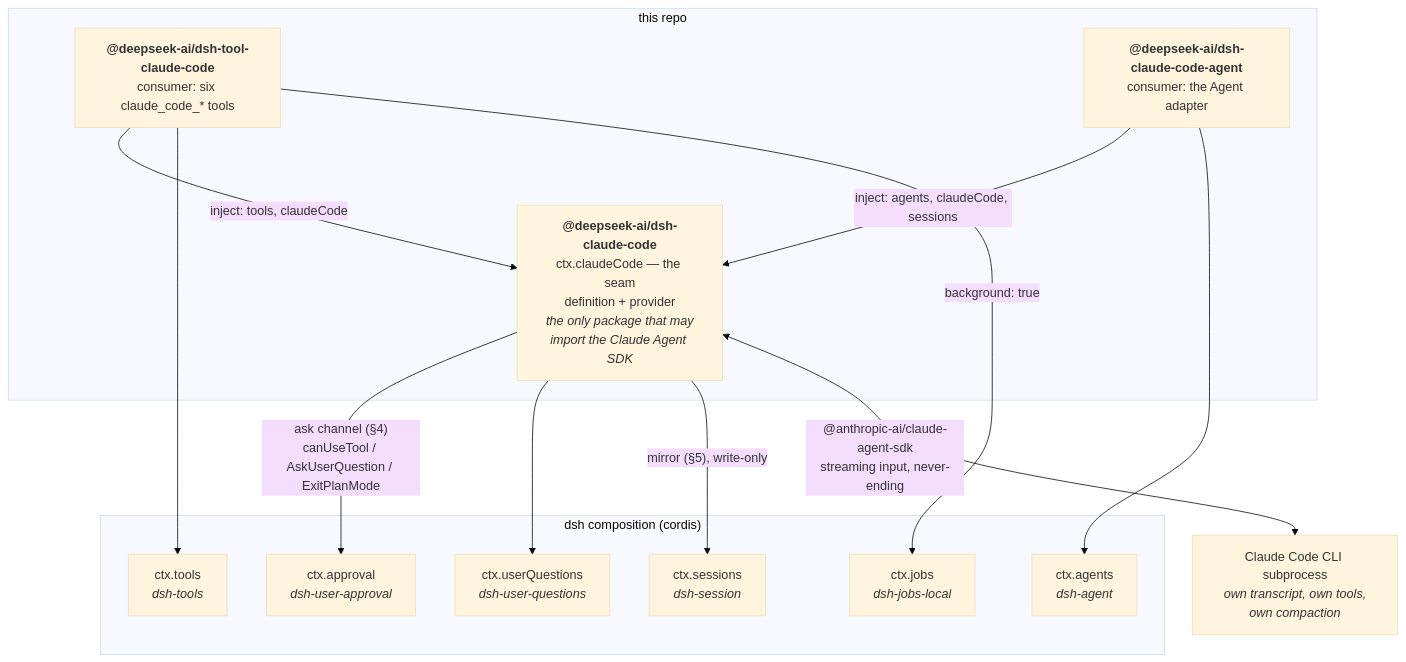
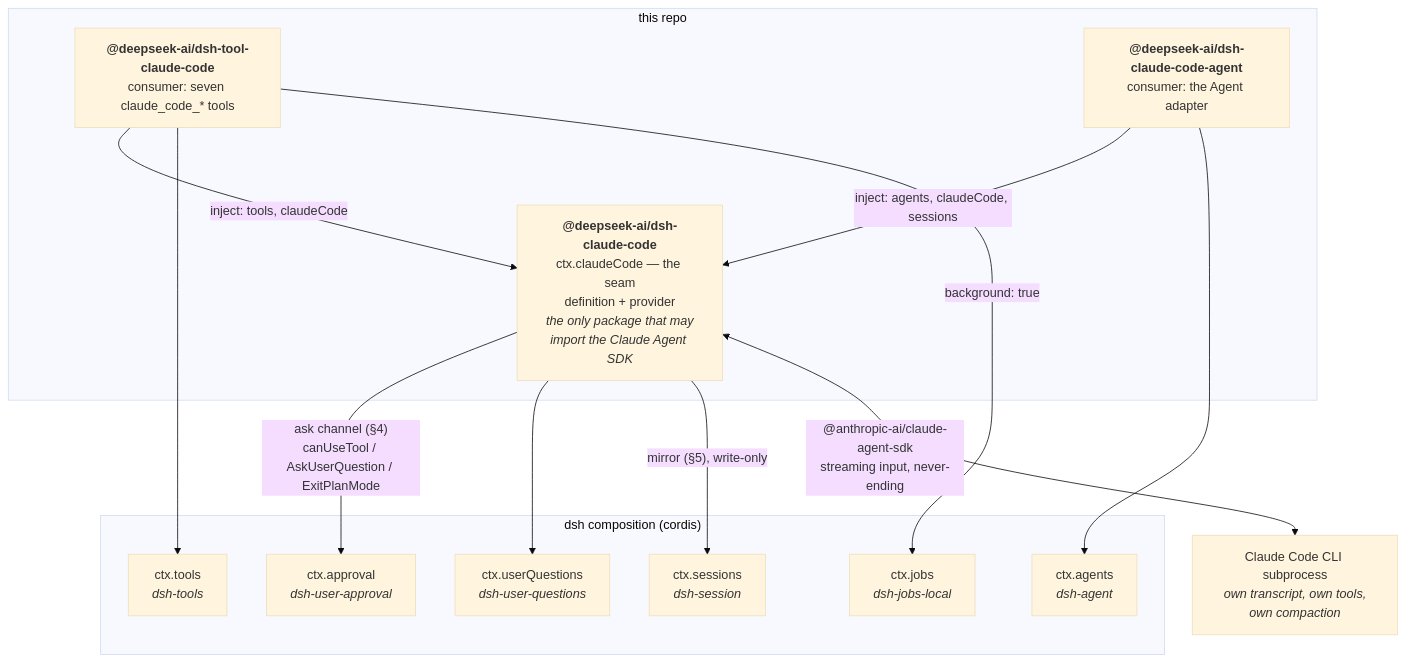
The diagram in README.md (b2ornot2b/dsh-claude-code), drawn with Mermaid (base theme) before and after one commit. The commit also changed other lines of this file and 7 other files, not shown here.

````diff
--- a/README.md
+++ b/README.md
@@ -39,31 +68,31 @@
 ```mermaid
 graph TB
   subgraph dsh["dsh composition (cordis)"]
     approval["ctx.approval<br/><i>dsh-user-approval</i>"]
     questions["ctx.userQuestions<br/><i>dsh-user-questions</i>"]
     sessions["ctx.sessions<br/><i>dsh-session</i>"]
     agents["ctx.agents<br/><i>dsh-agent</i>"]
     jobs["ctx.jobs<br/><i>dsh-jobs-local</i>"]
     tools["ctx.tools<br/><i>dsh-tools</i>"]
   end
 
   subgraph repo["this repo"]
     seam["<b>@deepseek-ai/dsh-claude-code</b><br/>ctx.claudeCode — the seam<br/>definition + provider<br/><i>the only package that may<br/>import the Claude Agent SDK</i>"]
-    toolpkg["<b>@deepseek-ai/dsh-tool-claude-code</b><br/>consumer: six claude_code_* tools"]
+    toolpkg["<b>@deepseek-ai/dsh-tool-claude-code</b><br/>consumer: seven claude_code_* tools"]
     agentpkg["<b>@deepseek-ai/dsh-claude-code-agent</b><br/>consumer: the Agent adapter"]
   end
 
   cli["Claude Code CLI subprocess<br/><i>own transcript, own tools,<br/>own compaction</i>"]
 
   toolpkg -->|"inject: tools, claudeCode"| seam
   agentpkg -->|"inject: agents, claudeCode, sessions"| seam
   toolpkg --> tools
   agentpkg --> agents
 
   seam -->|"ask channel (§4)<br/>canUseTool / AskUserQuestion / ExitPlanMode"| approval
   seam --> questions
   seam -->|"mirror (§5), write-only"| sessions
   toolpkg -->|"background: true"| jobs
 
   seam <-->|"@anthropic-ai/claude-agent-sdk<br/>streaming input, never-ending"| cli
 ```
````
